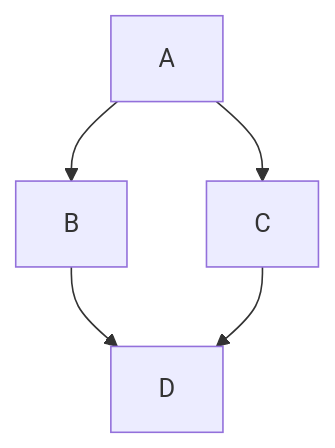
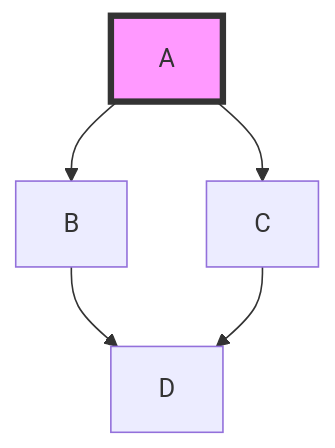
One commit to jermon/alpine_test changed the diagram in README.md. Above: the diagram before and after it, drawn with Mermaid.

````diff
--- a/README.md
+++ b/README.md
@@ -52,9 +52,9 @@
 ```mermaid
   graph TD;
       A-->B;
       A-->C;
       B-->D;
       C-->D;
       
-      class A cssClass
+      style A fill:#f9f,stroke:#333,stroke-width:4px
 ```
````
